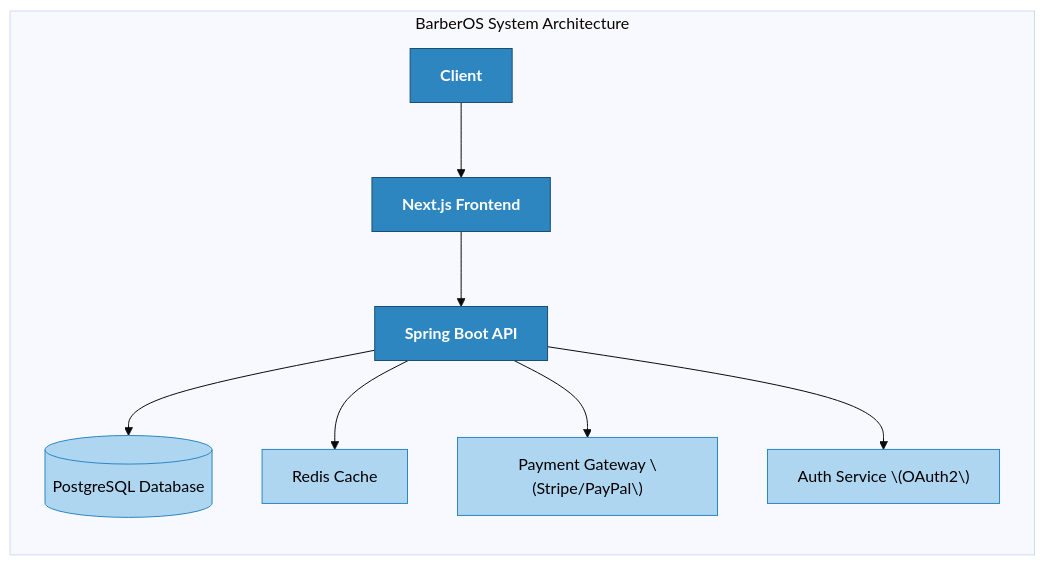
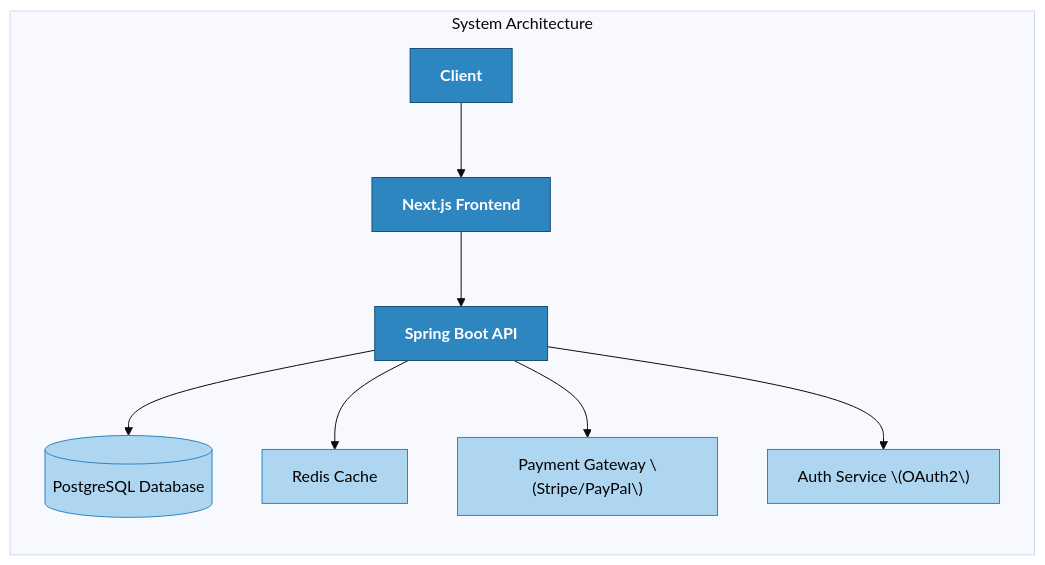
Before and after one commit to aharoJ/barbershop: the first of 2 diagrams in README.md, drawn with Mermaid (base theme).

````diff
--- a/README.md
+++ b/README.md
@@ -47,18 +47,18 @@
 ```mermaid
 graph LR
-  subgraph "BarberOS System Architecture"
+  subgraph "System Architecture"
     A[Client] --> B[Next.js Frontend]
     B --> C[Spring Boot API]
     C --> D[(PostgreSQL Database)]
     C --> E[Redis Cache]
     C --> F["Payment Gateway \(Stripe/PayPal\)"]
     C --> G["Auth Service \(OAuth2\)"]
   end
 
   classDef primary fill:#2E86C1,stroke:#1B4F72,color:white,font-weight:bold;
   classDef secondary fill:#AED6F1,stroke:#2E86C1,color:black;
   
   class A,B,C primary;
   class D,E,F,G secondary;
 
 ```
````
